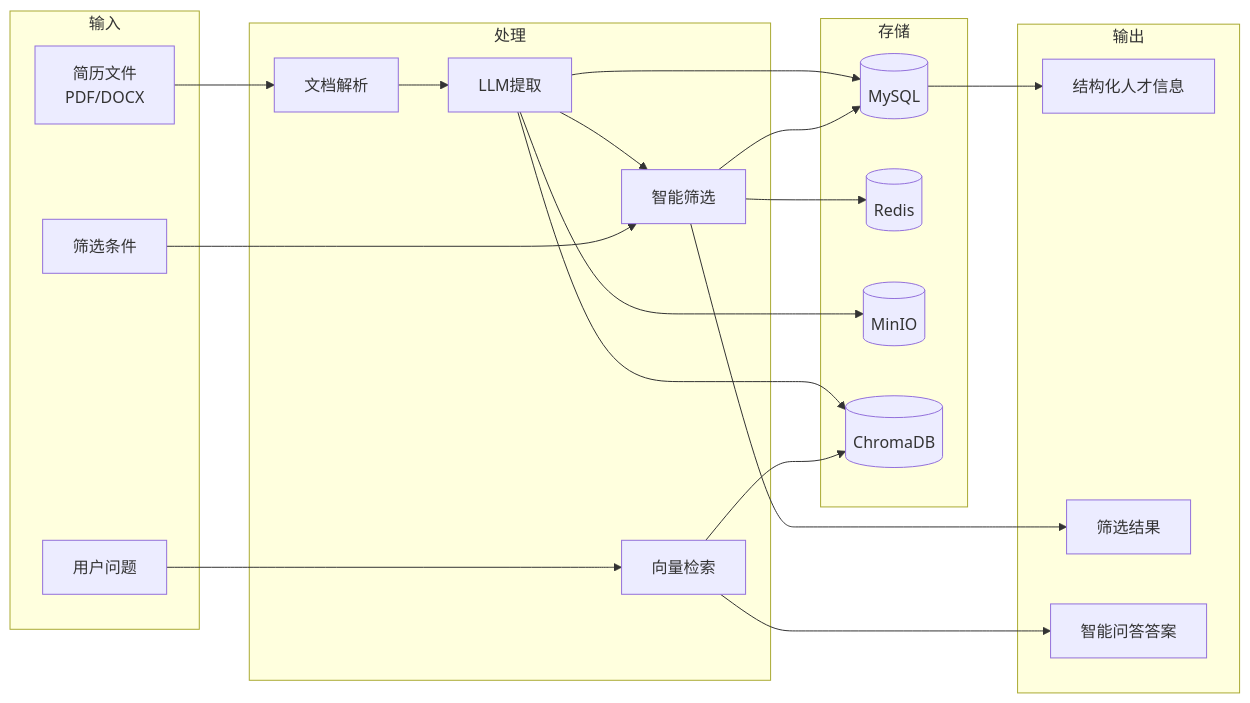
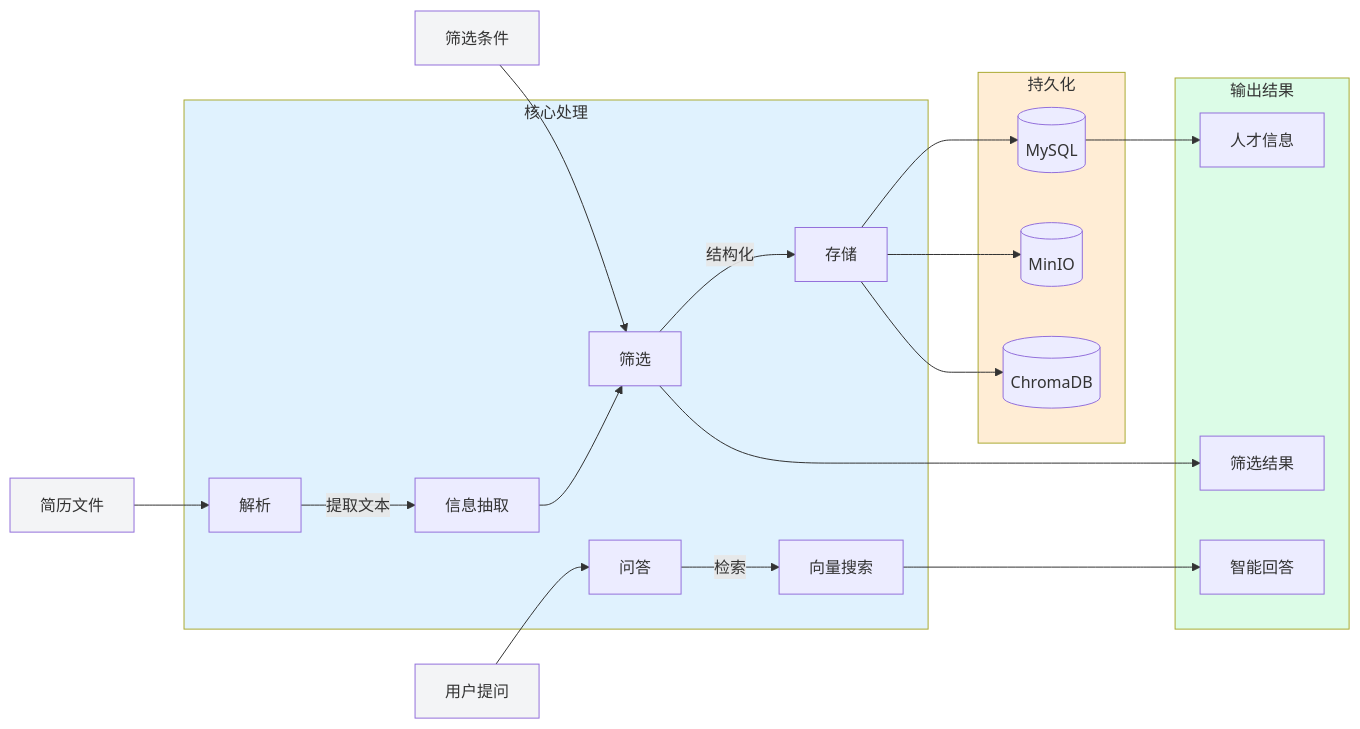
The third of 11 diagrams in docs/architecture.md (xt765/ResumeScreening), drawn with Mermaid before and after one commit. The commit also changed other lines of this file and 5 other files, not shown here.

Commit message:
refactor: remove similarity score and update documentation diagrams

````diff
--- a/docs/architecture.md
+++ b/docs/architecture.md
@@ -194,40 +205,32 @@
 ```mermaid
 graph LR
-    subgraph 输入
-        A[简历文件<br/>PDF/DOCX]
-        B[筛选条件]
-        C[用户问题]
+    Input1[简历文件] --> Parse[解析]
+    Input2[筛选条件] --> Filter[筛选]
+    Input3[用户提问] --> RAG[问答]
+    
+    subgraph Process [核心处理]
+        Parse -->|提取文本| Extract[信息抽取]
+        Extract --> Filter
+        Filter -->|结构化| Store[存储]
+        RAG -->|检索| Search[向量搜索]
     end
-  
-    subgraph 处理
-        D[文档解析]
-        E[LLM提取]
-        F[智能筛选]
-        G[向量检索]
+    
+    subgraph Storage [持久化]
+        Store --> DB[(MySQL)]
+        Store --> OSS[(MinIO)]
+        Store --> Vec[(ChromaDB)]
     end
-  
-    subgraph 存储
-        H[(MySQL)]
-        I[(Redis)]
-        J[(MinIO)]
-        K[(ChromaDB)]
+    
+    subgraph Output [输出结果]
+        DB --> Info[人才信息]
+        Filter --> Result[筛选结果]
+        Search --> Answer[智能回答]
     end
-  
-    subgraph 输出
-        L[结构化人才信息]
-        M[筛选结果]
-        N[智能问答答案]
-    end
-  
-    A --> D --> E --> F
-    B --> F
-    E --> H
-    E --> J
-    E --> K
-    F --> H
-    F --> I
-    C --> G --> K
-    G --> N
-    H --> L
-    F --> M
+    
+    style Input1 fill:#f3f4f6
+    style Input2 fill:#f3f4f6
+    style Input3 fill:#f3f4f6
+    style Process fill:#e0f2fe
+    style Storage fill:#ffedd5
+    style Output fill:#dcfce7
 ```
````
